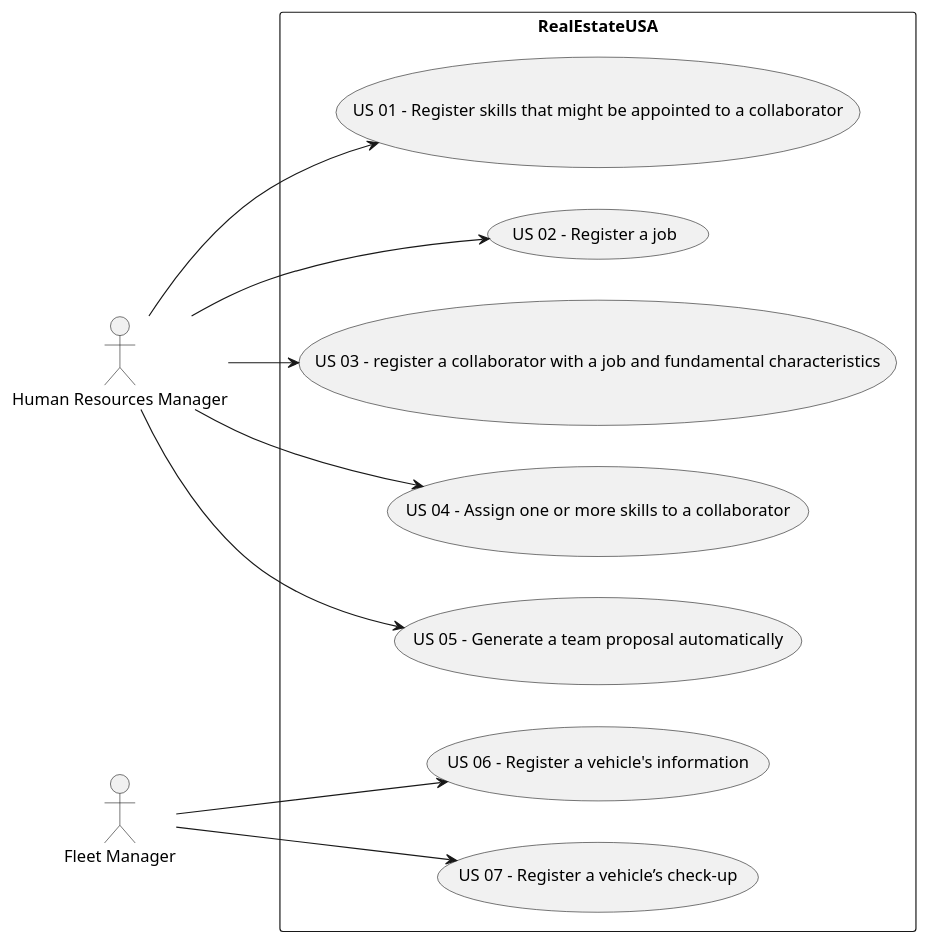
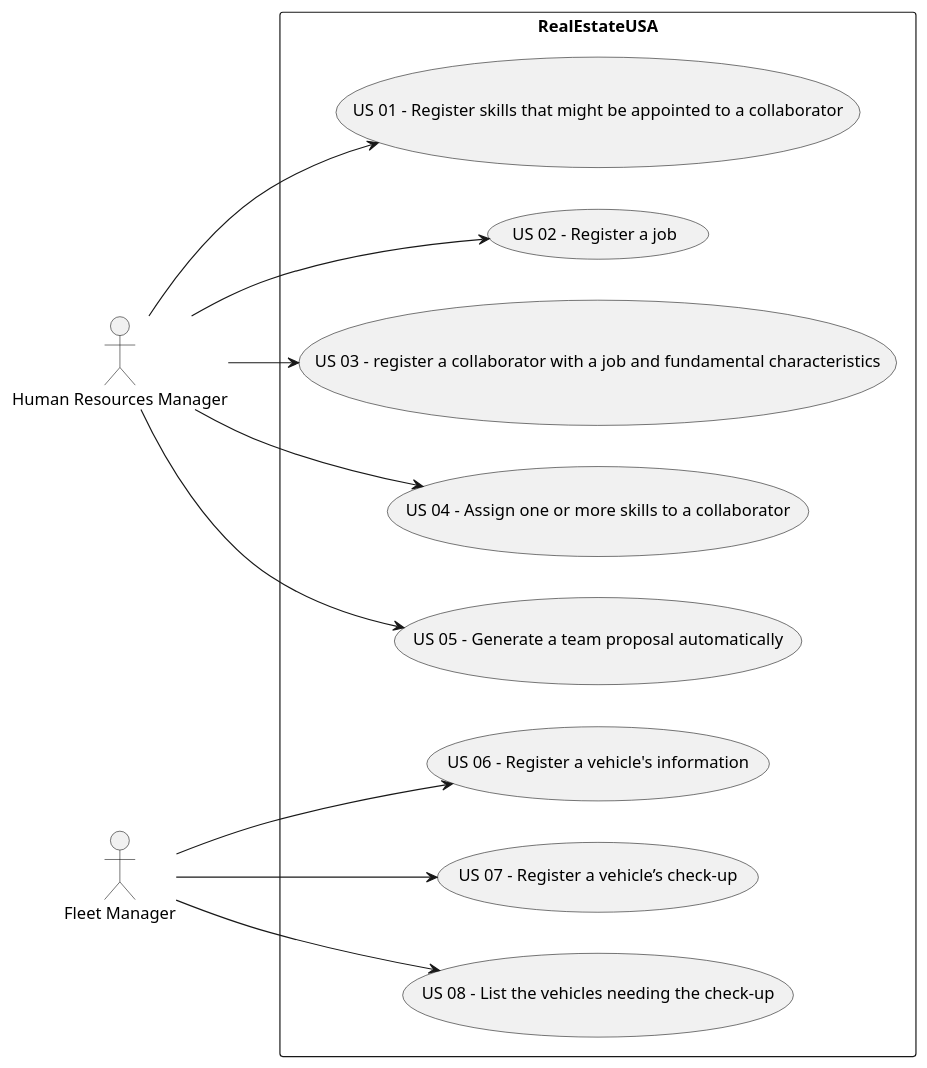
Before and after one commit to Departamento-de-Engenharia-Informatica/lei-24-s2-1dm-g132: the diagram in docs/sprintA/global-artifacts/01.requirements-engineering/puml/use-case-diagram.puml, drawn with PlantUML. The commit also changed 3 other files, not shown here.

```diff
--- a/docs/sprintA/global-artifacts/01.requirements-engineering/puml/use-case-diagram.puml
+++ b/docs/sprintA/global-artifacts/01.requirements-engineering/puml/use-case-diagram.puml
@@ -1,21 +1,21 @@
 @startuml
 
 left to right direction
 
 actor "Human Resources Manager" as HRM
 actor "Fleet Manager" as FM
 
 
 rectangle RealEstateUSA {
   HRM --> (US 01 - Register skills that might be appointed to a collaborator)
   HRM --> (US 02 - Register a job)
   HRM --> (US 03 - register a collaborator with a job and fundamental characteristics)
   HRM --> (US 04 - Assign one or more skills to a collaborator)
   HRM --> (US 05 - Generate a team proposal automatically)
   FM --> (US 06 - Register a vehicle's information)
   FM --> (US 07 - Register a vehicle’s check-up)
-
+  FM --> (US 08 - List the vehicles needing the check-up)
 
 }
 
 @enduml
```
